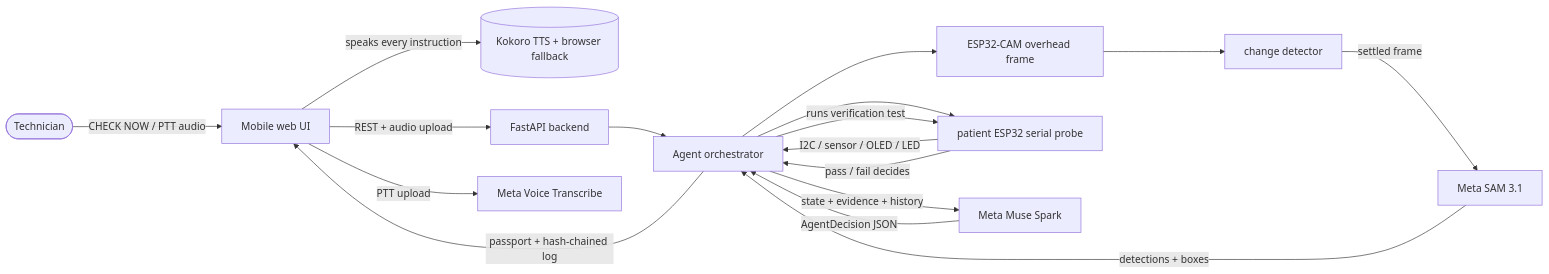
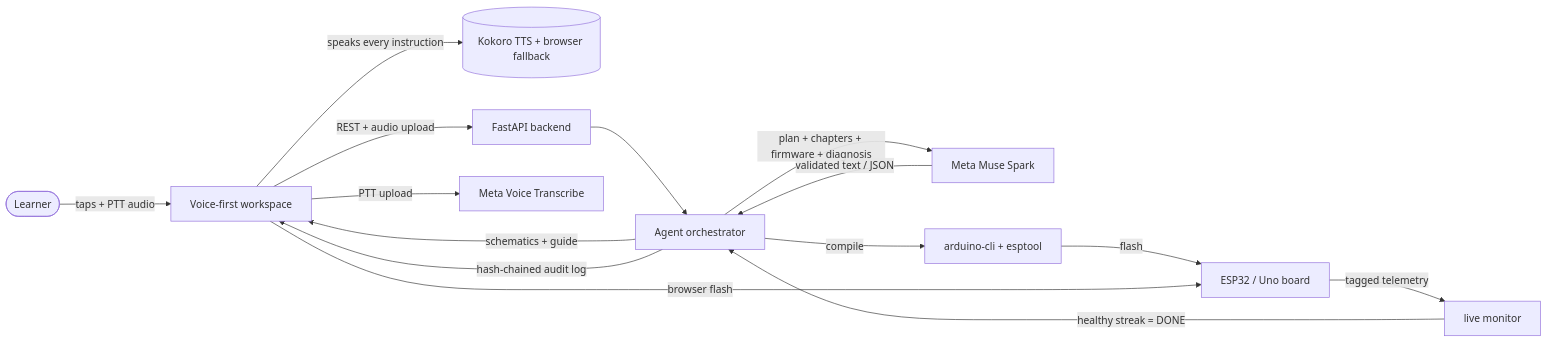
The diagram in README.md (Mas-aaron/fundiloop), drawn with Mermaid before and after one commit. The commit also changed other lines of this file, not shown here.

````diff
--- a/README.md
+++ b/README.md
@@ -30,19 +34,17 @@
 ```mermaid
 flowchart LR
-    Tech([Technician]) -->|CHECK NOW / PTT audio| UI[Mobile web UI]
+    Tech([Learner]) -->|taps + PTT audio| UI[Voice-first workspace]
     UI -->|speaks every instruction| TTS[(Kokoro TTS + browser fallback)]
     UI -->|REST + audio upload| API[FastAPI backend]
     API --> ORCH[Agent orchestrator]
-    ORCH --> CAM[ESP32-CAM overhead frame]
-    CAM --> CD[change detector]
-    CD -->|settled frame| SAM[Meta SAM 3.1]
-    SAM -->|detections + boxes| ORCH
-    ORCH --> SER[patient ESP32 serial probe]
-    SER -->|I2C / sensor / OLED / LED| ORCH
-    ORCH -->|state + evidence + history| Muse[Meta Muse Spark]
-    Muse -->|AgentDecision JSON| ORCH
-    ORCH -->|runs verification test| SER
-    SER -->|pass / fail decides| ORCH
-    ORCH -->|passport + hash-chained log| UI
+    ORCH -->|plan + chapters + firmware + diagnosis| Muse[Meta Muse Spark]
+    Muse -->|validated text / JSON| ORCH
+    ORCH -->|schematics + guide| UI
+    ORCH -->|compile| BUILD[arduino-cli + esptool]
+    BUILD -->|flash| BOARD[ESP32 / Uno board]
+    UI -->|browser flash| BOARD
+    BOARD -->|tagged telemetry| MON[live monitor]
+    MON -->|healthy streak = DONE| ORCH
+    ORCH -->|hash-chained audit log| UI
     UI -->|PTT upload| ASR[Meta Voice Transcribe]
 ```
````
